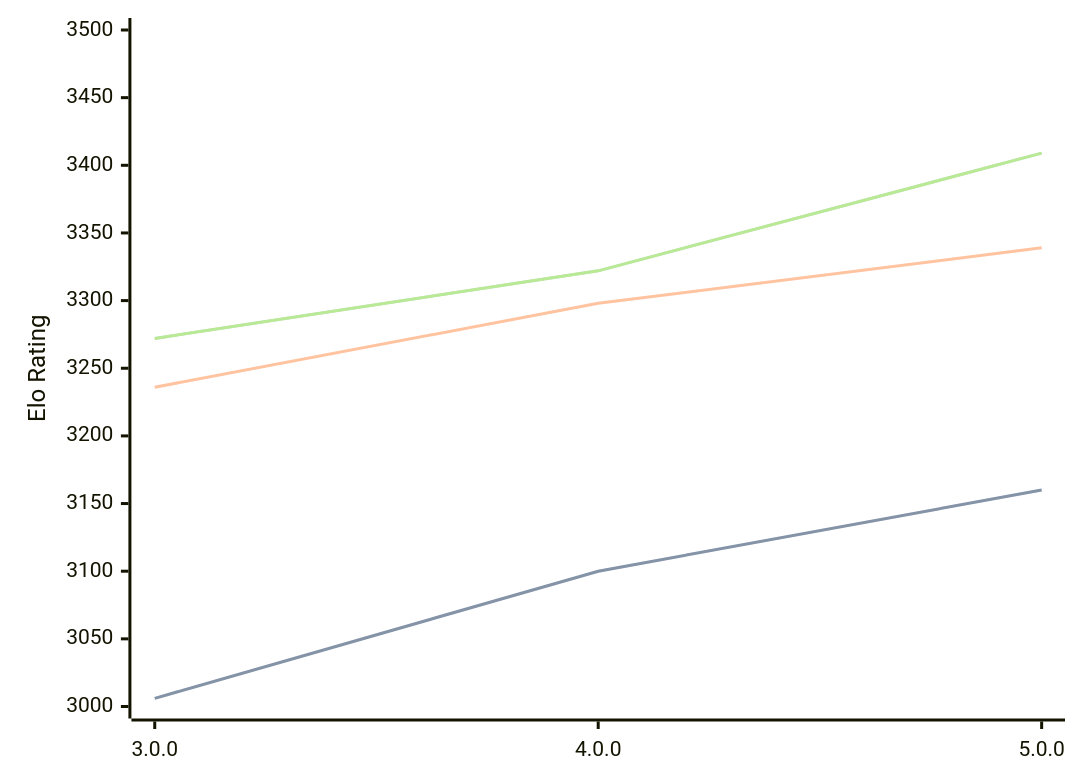
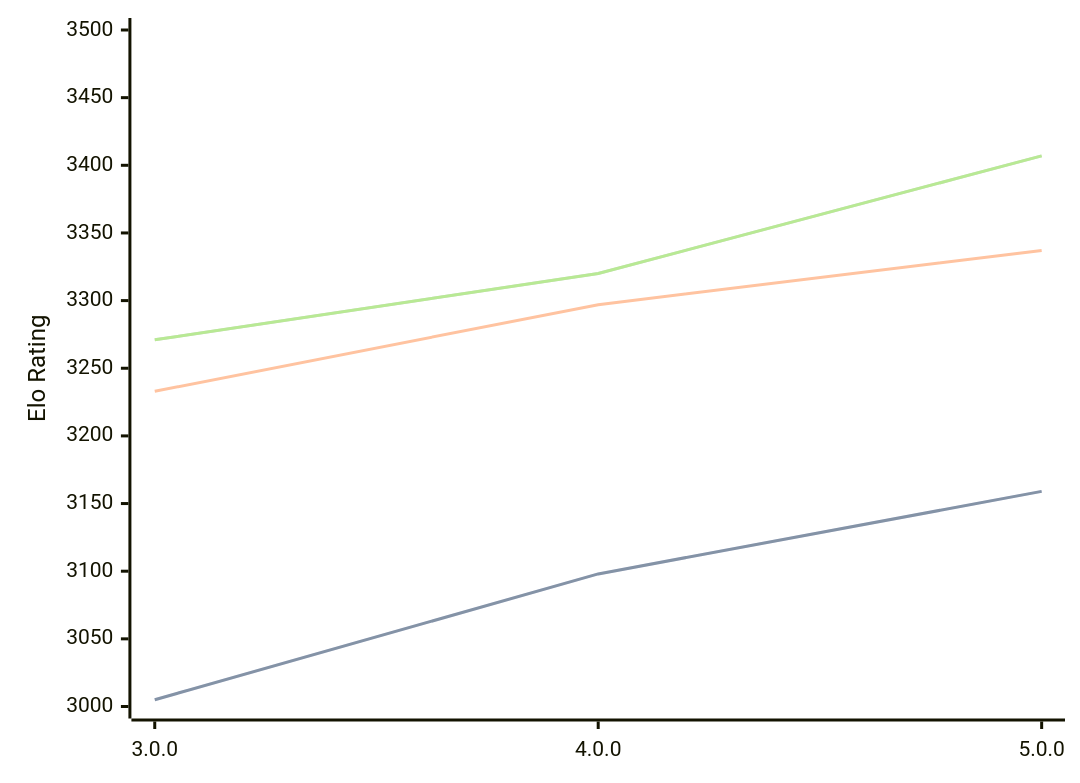
Before and after one commit to computer-chess-index/cci: the diagram in engines/Minke.md, drawn with Mermaid. The commit also changed other lines of this file, not shown here.

Commit message:
Update CCI Ratings (ELO VLTC) - 2026-03-31

````diff
--- a/engines/Minke.md
+++ b/engines/Minke.md
@@ -35,11 +35,11 @@
 ```mermaid
 %%{init: {"theme":"base","themeVariables":{"seriesColors:['#a3a3a3','#222221','#faa371']}}}%%
 xychart-beta
   x-axis ["3.0.0", "4.0.0", "5.0.0"]
   y-axis "Elo Rating" 3000 --> 3500
-  line "STC (8.0+0.08s)" [3006, 3100, 3160]
-  line "STC (8.0+0.08s)" [3006, 3100, 3160]
-  line "LTC (60.0+0.60s)" [3236, 3298, 3339]
-  line "VLTC (2m24s+1.12s)" [3272, 3322, 3409]
-  line "VLTC (2m24s+1.12s)" [3272, 3322, 3409]
+  line "STC (8.0+0.08s)" [3005, 3098, 3159]
+  line "STC (8.0+0.08s)" [3005, 3098, 3159]
+  line "LTC (60.0+0.60s)" [3233, 3297, 3337]
+  line "VLTC (2m24s+1.12s)" [3271, 3320, 3407]
+  line "VLTC (2m24s+1.12s)" [3271, 3320, 3407]
 ```
````
